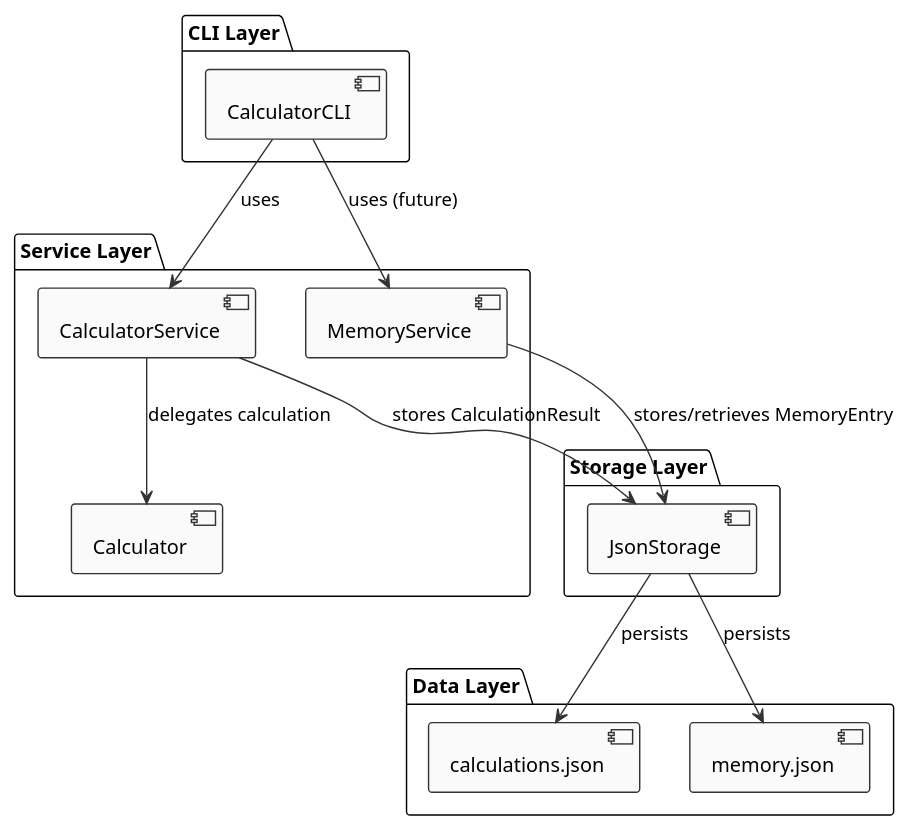
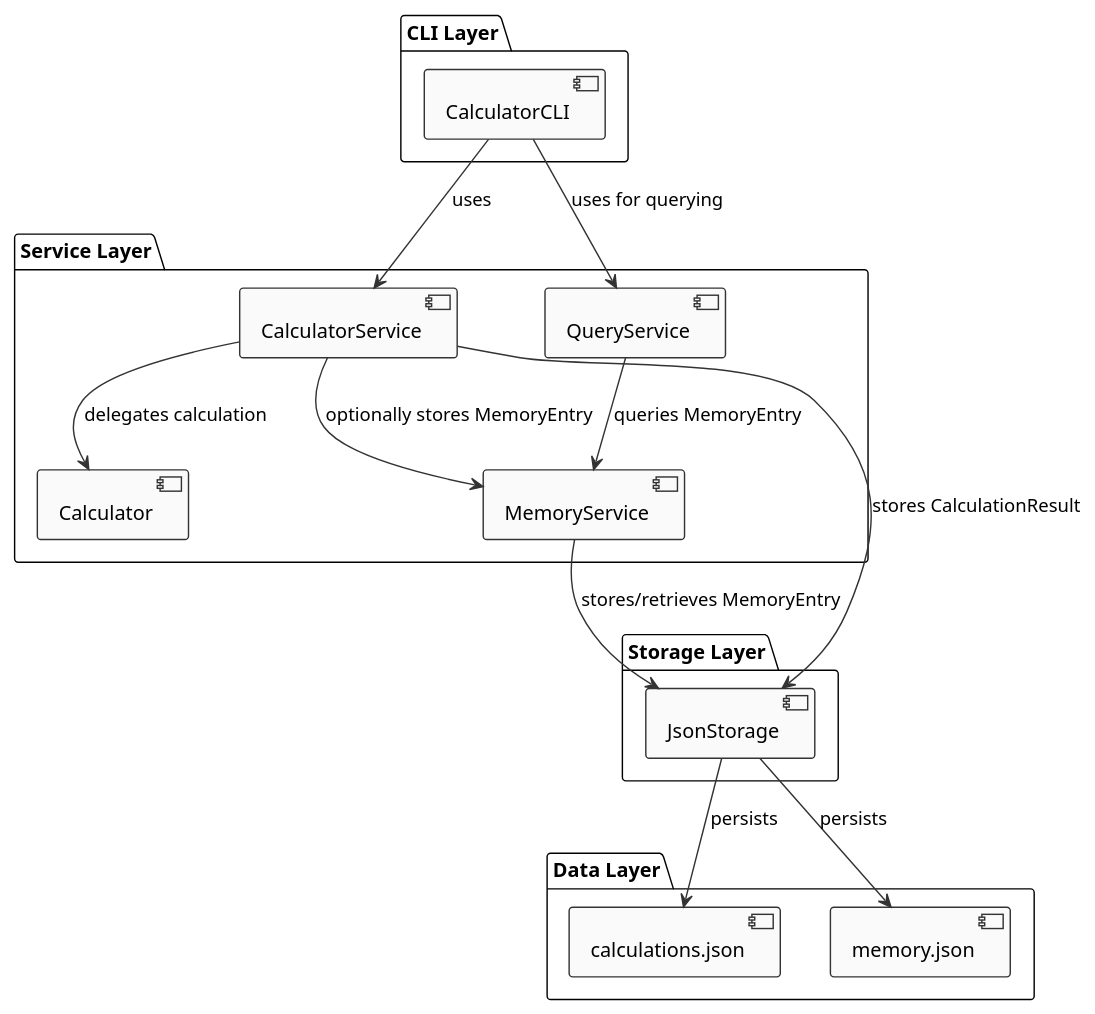
Before and after one commit to DanielRiha8906/Software_autoevolution_using_agents: the diagram in experiments/broadcast/structured_text/calculator/artifacts/component_diagram.puml, drawn with PlantUML. The commit also changed 3 other files, not shown here.

First line of the commit message:
task 05: Update diagrams and progress documentation

```diff
--- a/experiments/broadcast/structured_text/calculator/artifacts/component_diagram.puml
+++ b/experiments/broadcast/structured_text/calculator/artifacts/component_diagram.puml
@@ -1,38 +1,42 @@
 @startuml
 !theme plain
 skinparam componentBackgroundColor #FAFAFA
 skinparam componentBorderColor #333333
 skinparam arrowColor #333333
 skinparam fontName Courier
 
 package "CLI Layer" {
   component [CalculatorCLI] as CLI
 }
 
 package "Service Layer" {
   component [CalculatorService] as CalcService
   component [MemoryService] as MemService
+  component [QueryService] as QuerySvc
   component [Calculator] as CalcLogic
 }
 
 package "Storage Layer" {
   component [JsonStorage] as Storage
 }
 
 package "Data Layer" {
   component [calculations.json] as CalcFile
   component [memory.json] as MemFile
 }
 
 CLI --> CalcService: uses
-CLI --> MemService: uses (future)
+CLI --> QuerySvc: uses for querying
 
 CalcService --> CalcLogic: delegates calculation
 CalcService --> Storage: stores CalculationResult
+CalcService --> MemService: optionally stores MemoryEntry
 
 MemService --> Storage: stores/retrieves MemoryEntry
+
+QuerySvc --> MemService: queries MemoryEntry
 
 Storage --> CalcFile: persists
 Storage --> MemFile: persists
 
 @enduml
```
